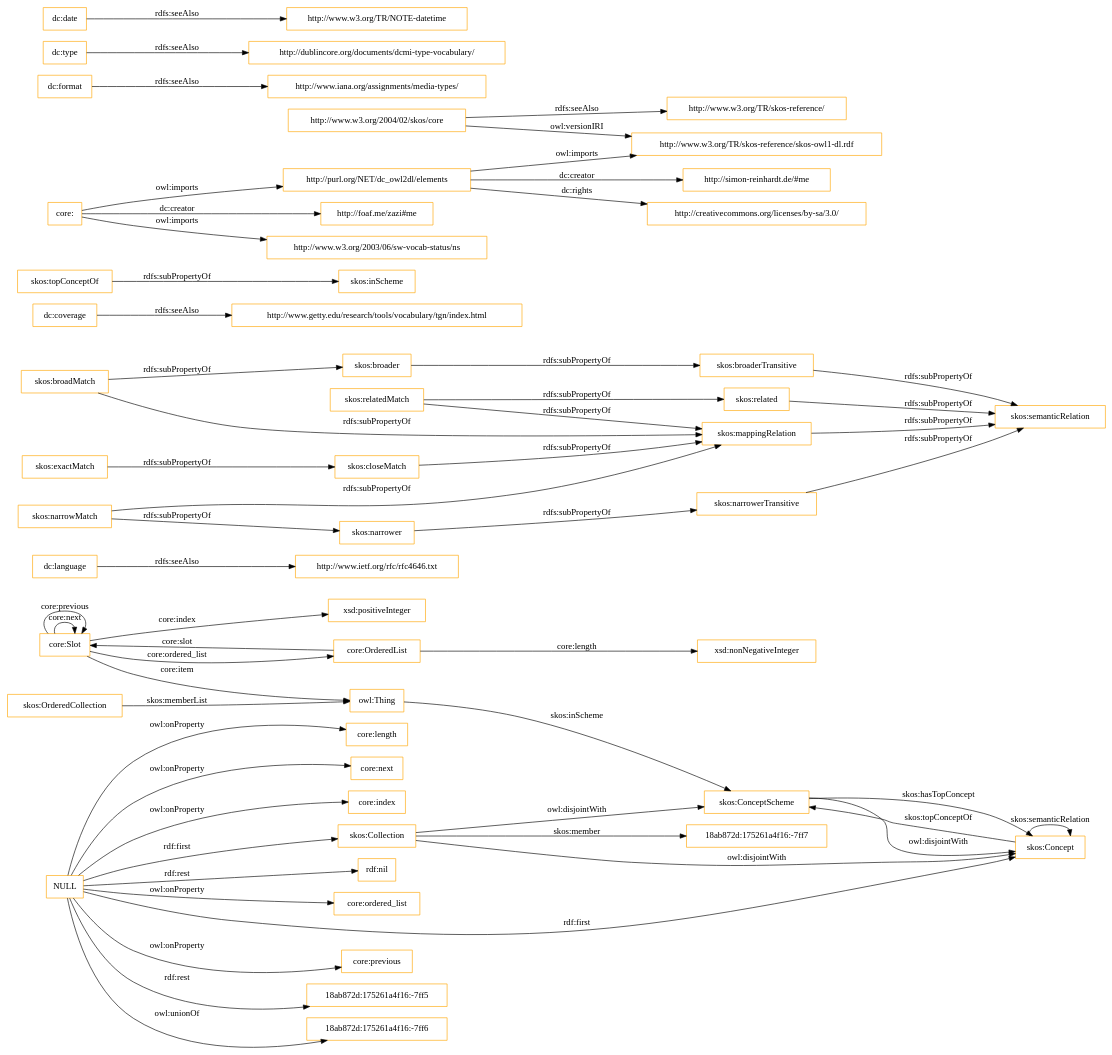
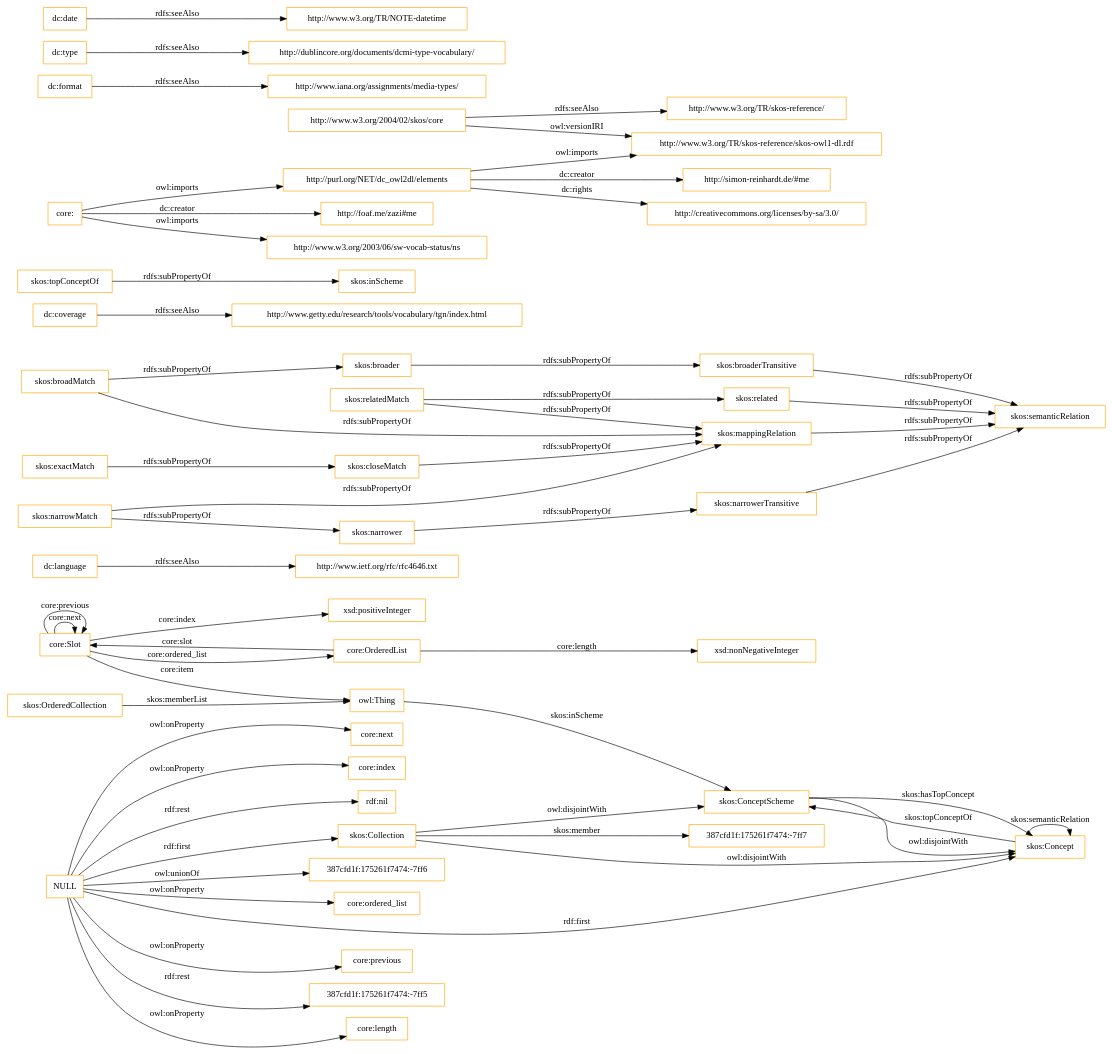
The diagram in OnToology/imports/core.owl/diagrams/ar2dtool-class/core.owl.png.dot (OnToologyUser/core-ontology-1), drawn with Graphviz before and after one commit. The commit also changed 14 other files, not shown here.

```diff
--- a/OnToology/imports/core.owl/diagrams/ar2dtool-class/core.owl.png.dot
+++ b/OnToology/imports/core.owl/diagrams/ar2dtool-class/core.owl.png.dot
@@ -1,60 +1,60 @@
 digraph ar2dtool_diagram { 
 rankdir=LR;
 size="1501"
-node [shape = rectangle, color="orange"]; "core:Slot" "core:OrderedList" "18ab872d:175261a4f16:-7ff7" "skos:OrderedCollection" "skos:Collection" "skos:ConceptScheme" "skos:Concept" ; /*classes style*/
+node [shape = rectangle, color="orange"]; "core:Slot" "core:OrderedList" "387cfd1f:175261f7474:-7ff7" "skos:OrderedCollection" "skos:Collection" "skos:ConceptScheme" "skos:Concept" ; /*classes style*/
 	"dc:language" -> "http://www.ietf.org/rfc/rfc4646.txt" [ label = "rdfs:seeAlso" ];
 	"NULL" -> "core:previous" [ label = "owl:onProperty" ];
-	"NULL" -> "18ab872d:175261a4f16:-7ff5" [ label = "rdf:rest" ];
-	"NULL" -> "18ab872d:175261a4f16:-7ff6" [ label = "owl:unionOf" ];
+	"NULL" -> "387cfd1f:175261f7474:-7ff5" [ label = "rdf:rest" ];
 	"NULL" -> "core:length" [ label = "owl:onProperty" ];
 	"NULL" -> "skos:Concept" [ label = "rdf:first" ];
 	"NULL" -> "core:next" [ label = "owl:onProperty" ];
 	"NULL" -> "core:index" [ label = "owl:onProperty" ];
 	"NULL" -> "rdf:nil" [ label = "rdf:rest" ];
+	"NULL" -> "387cfd1f:175261f7474:-7ff6" [ label = "owl:unionOf" ];
 	"NULL" -> "core:ordered_list" [ label = "owl:onProperty" ];
 	"NULL" -> "skos:Collection" [ label = "rdf:first" ];
 	"skos:closeMatch" -> "skos:mappingRelation" [ label = "rdfs:subPropertyOf" ];
 	"dc:coverage" -> "http://www.getty.edu/research/tools/vocabulary/tgn/index.html" [ label = "rdfs:seeAlso" ];
 	"skos:relatedMatch" -> "skos:related" [ label = "rdfs:subPropertyOf" ];
 	"skos:relatedMatch" -> "skos:mappingRelation" [ label = "rdfs:subPropertyOf" ];
 	"skos:ConceptScheme" -> "skos:Concept" [ label = "owl:disjointWith" ];
 	"skos:related" -> "skos:semanticRelation" [ label = "rdfs:subPropertyOf" ];
 	"skos:topConceptOf" -> "skos:inScheme" [ label = "rdfs:subPropertyOf" ];
 	"skos:broadMatch" -> "skos:broader" [ label = "rdfs:subPropertyOf" ];
 	"skos:broadMatch" -> "skos:mappingRelation" [ label = "rdfs:subPropertyOf" ];
 	"http://purl.org/NET/dc_owl2dl/elements" -> "http://www.w3.org/TR/skos-reference/skos-owl1-dl.rdf" [ label = "owl:imports" ];
 	"http://purl.org/NET/dc_owl2dl/elements" -> "http://creativecommons.org/licenses/by-sa/3.0/" [ label = "dc:rights" ];
 	"http://purl.org/NET/dc_owl2dl/elements" -> "http://simon-reinhardt.de/#me" [ label = "dc:creator" ];
 	"skos:exactMatch" -> "skos:closeMatch" [ label = "rdfs:subPropertyOf" ];
 	"dc:format" -> "http://www.iana.org/assignments/media-types/" [ label = "rdfs:seeAlso" ];
 	"core:" -> "http://foaf.me/zazi#me" [ label = "dc:creator" ];
 	"core:" -> "http://www.w3.org/2003/06/sw-vocab-status/ns" [ label = "owl:imports" ];
 	"core:" -> "http://purl.org/NET/dc_owl2dl/elements" [ label = "owl:imports" ];
 	"skos:broaderTransitive" -> "skos:semanticRelation" [ label = "rdfs:subPropertyOf" ];
 	"skos:mappingRelation" -> "skos:semanticRelation" [ label = "rdfs:subPropertyOf" ];
 	"skos:broader" -> "skos:broaderTransitive" [ label = "rdfs:subPropertyOf" ];
 	"dc:type" -> "http://dublincore.org/documents/dcmi-type-vocabulary/" [ label = "rdfs:seeAlso" ];
 	"http://www.w3.org/2004/02/skos/core" -> "http://www.w3.org/TR/skos-reference/skos-owl1-dl.rdf" [ label = "owl:versionIRI" ];
 	"http://www.w3.org/2004/02/skos/core" -> "http://www.w3.org/TR/skos-reference/" [ label = "rdfs:seeAlso" ];
 	"skos:Collection" -> "skos:ConceptScheme" [ label = "owl:disjointWith" ];
 	"skos:Collection" -> "skos:Concept" [ label = "owl:disjointWith" ];
 	"skos:narrowMatch" -> "skos:narrower" [ label = "rdfs:subPropertyOf" ];
 	"skos:narrowMatch" -> "skos:mappingRelation" [ label = "rdfs:subPropertyOf" ];
 	"skos:narrower" -> "skos:narrowerTransitive" [ label = "rdfs:subPropertyOf" ];
 	"dc:date" -> "http://www.w3.org/TR/NOTE-datetime" [ label = "rdfs:seeAlso" ];
 	"skos:narrowerTransitive" -> "skos:semanticRelation" [ label = "rdfs:subPropertyOf" ];
 	"core:Slot" -> "xsd:positiveInteger" [ label = "core:index" ];
 	"skos:Concept" -> "skos:ConceptScheme" [ label = "skos:topConceptOf" ];
 	"core:Slot" -> "owl:Thing" [ label = "core:item" ];
 	"core:OrderedList" -> "xsd:nonNegativeInteger" [ label = "core:length" ];
 	"core:OrderedList" -> "core:Slot" [ label = "core:slot" ];
-	"skos:Collection" -> "18ab872d:175261a4f16:-7ff7" [ label = "skos:member" ];
+	"skos:Collection" -> "387cfd1f:175261f7474:-7ff7" [ label = "skos:member" ];
 	"core:Slot" -> "core:Slot" [ label = "core:next" ];
 	"skos:ConceptScheme" -> "skos:Concept" [ label = "skos:hasTopConcept" ];
 	"owl:Thing" -> "skos:ConceptScheme" [ label = "skos:inScheme" ];
 	"core:Slot" -> "core:Slot" [ label = "core:previous" ];
 	"skos:OrderedCollection" -> "owl:Thing" [ label = "skos:memberList" ];
 	"skos:Concept" -> "skos:Concept" [ label = "skos:semanticRelation" ];
 	"core:Slot" -> "core:OrderedList" [ label = "core:ordered_list" ];
 
 }
```
